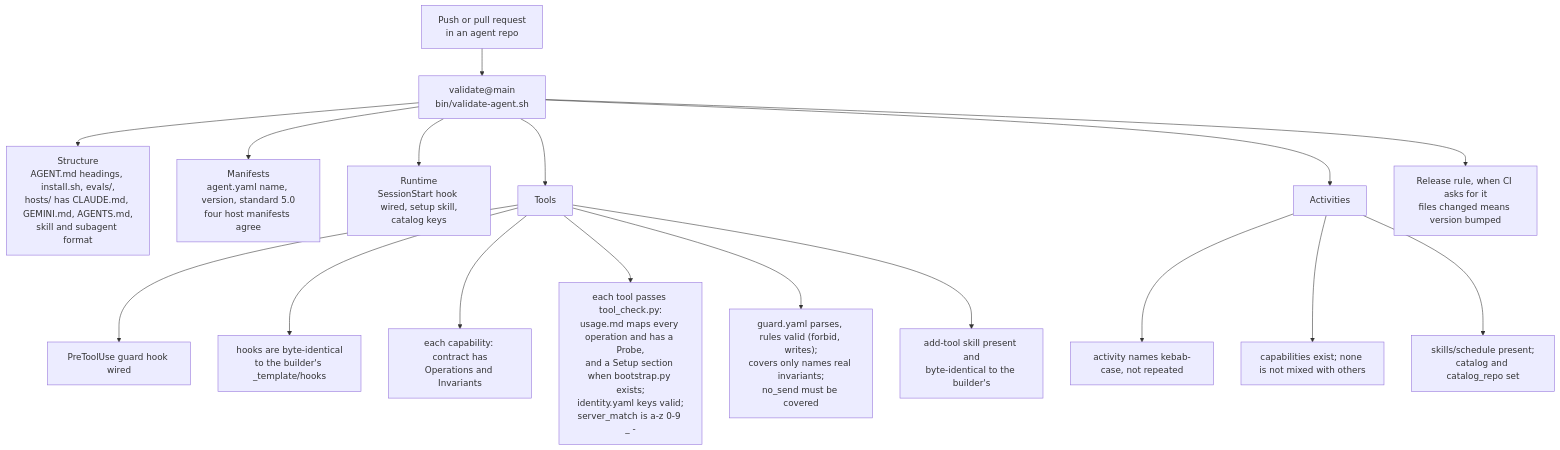
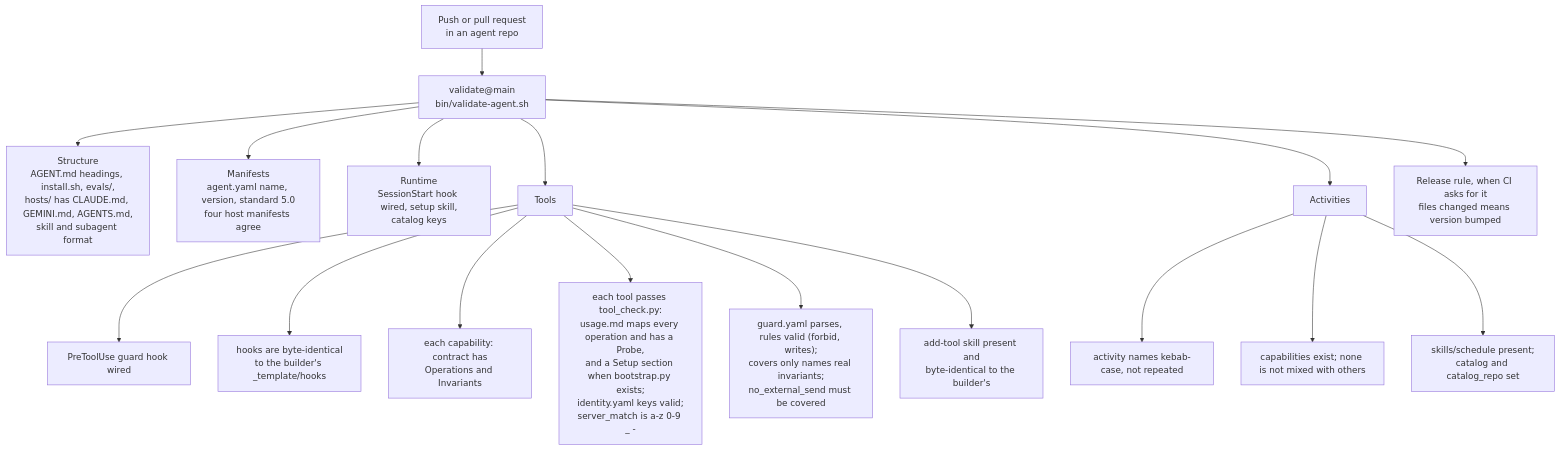
The second of 6 diagrams in docs/how-it-works.md (webspenser/agent-builder), drawn with Mermaid before and after one commit. The commit also changed other lines of this file and 14 other files, not shown here.

Commit message:
feat: no_send becomes no_external_send; owner_only_send checks in tool_check and the validator

````diff
--- a/docs/how-it-works.md
+++ b/docs/how-it-works.md
@@ -205,19 +205,19 @@
 ```mermaid
 flowchart TD
   S["Push or pull request<br/>in an agent repo"] --> V["validate@main<br/>bin/validate-agent.sh"]
   V --> ST["Structure<br/>AGENT.md headings, install.sh, evals/,<br/>hosts/ has CLAUDE.md, GEMINI.md, AGENTS.md,<br/>skill and subagent format"]
   V --> MF["Manifests<br/>agent.yaml name, version, standard 5.0<br/>four host manifests agree"]
   V --> RT["Runtime<br/>SessionStart hook wired, setup skill,<br/>catalog keys"]
   V --> TL["Tools"]
   V --> AC["Activities"]
   V --> BU["Release rule, when CI asks for it<br/>files changed means version bumped"]
   TL --> T1["PreToolUse guard hook wired"]
   TL --> T2["hooks are byte-identical<br/>to the builder's _template/hooks"]
   TL --> T3["each capability: contract has<br/>Operations and Invariants"]
   TL --> T4["each tool passes tool_check.py:<br/>usage.md maps every operation and has a Probe,<br/>and a Setup section when bootstrap.py exists;<br/>identity.yaml keys valid;<br/>server_match is a-z 0-9 _ -"]
-  TL --> T5["guard.yaml parses, rules valid (forbid, writes);<br/>covers only names real invariants;<br/>no_send must be covered"]
+  TL --> T5["guard.yaml parses, rules valid (forbid, writes);<br/>covers only names real invariants;<br/>no_external_send must be covered"]
   TL --> T6["add-tool skill present and<br/>byte-identical to the builder's"]
   AC --> A1["activity names kebab-case, not repeated"]
   AC --> A2["capabilities exist; none is not mixed with others"]
   AC --> A3["skills/schedule present;<br/>catalog and catalog_repo set"]
 ```
````
